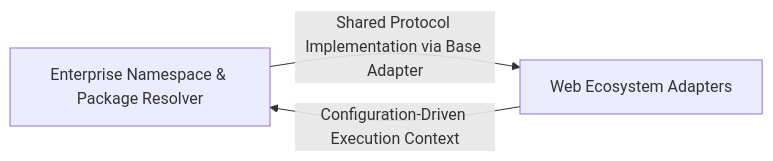
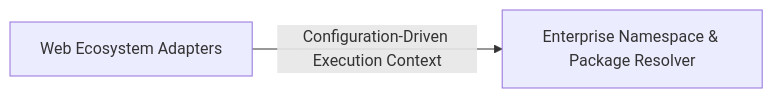
Before and after one commit to CodeBoarding/CodeBoarding: the diagram in .codeboarding/Web_Enterprise_Language_Adapters.md, drawn with Mermaid. The commit also changed other lines of this file and 24 other files, not shown here.

Commit message:
chore(codeboarding): sync architecture baseline

````diff
--- a/.codeboarding/Web_Enterprise_Language_Adapters.md
+++ b/.codeboarding/Web_Enterprise_Language_Adapters.md
@@ -1,7 +1,6 @@
 ```mermaid
 graph LR
     Enterprise_Namespace_Package_Resolver["Enterprise Namespace & Package Resolver"]
     Web_Ecosystem_Adapters["Web Ecosystem Adapters"]
-    Enterprise_Namespace_Package_Resolver -- "Shared Protocol Implementation via Base Adapter" --> Web_Ecosystem_Adapters
     Web_Ecosystem_Adapters -- "Configuration-Driven Execution Context" --> Enterprise_Namespace_Package_Resolver
 ```
````
